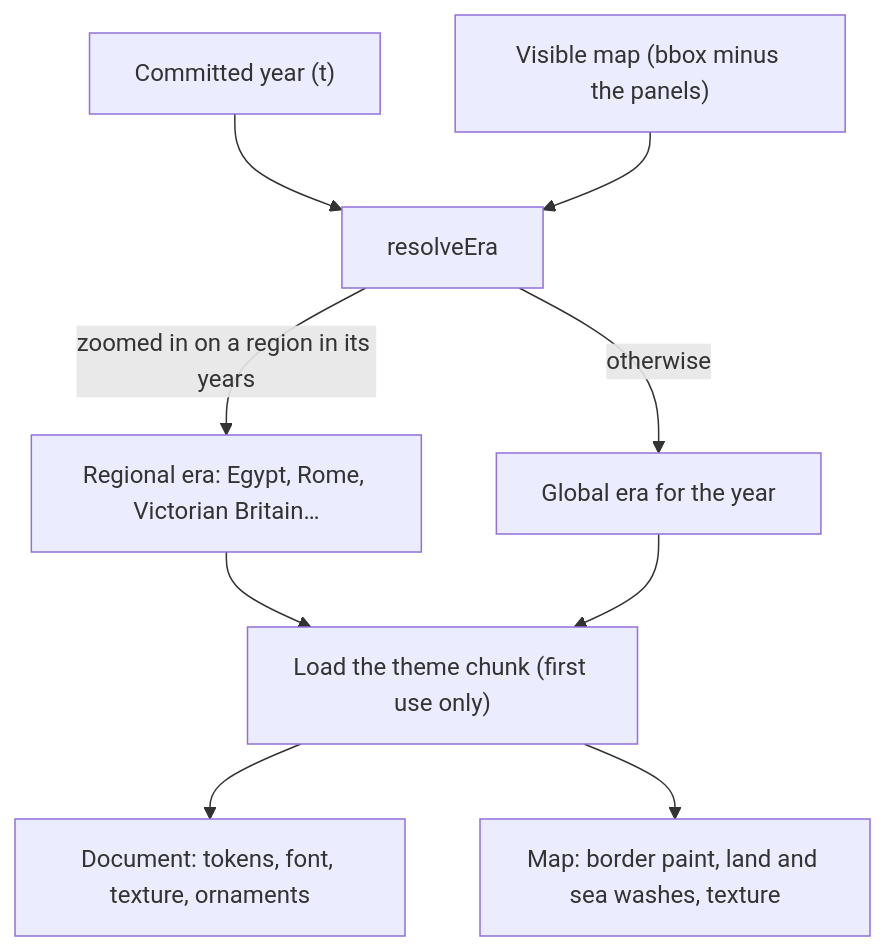
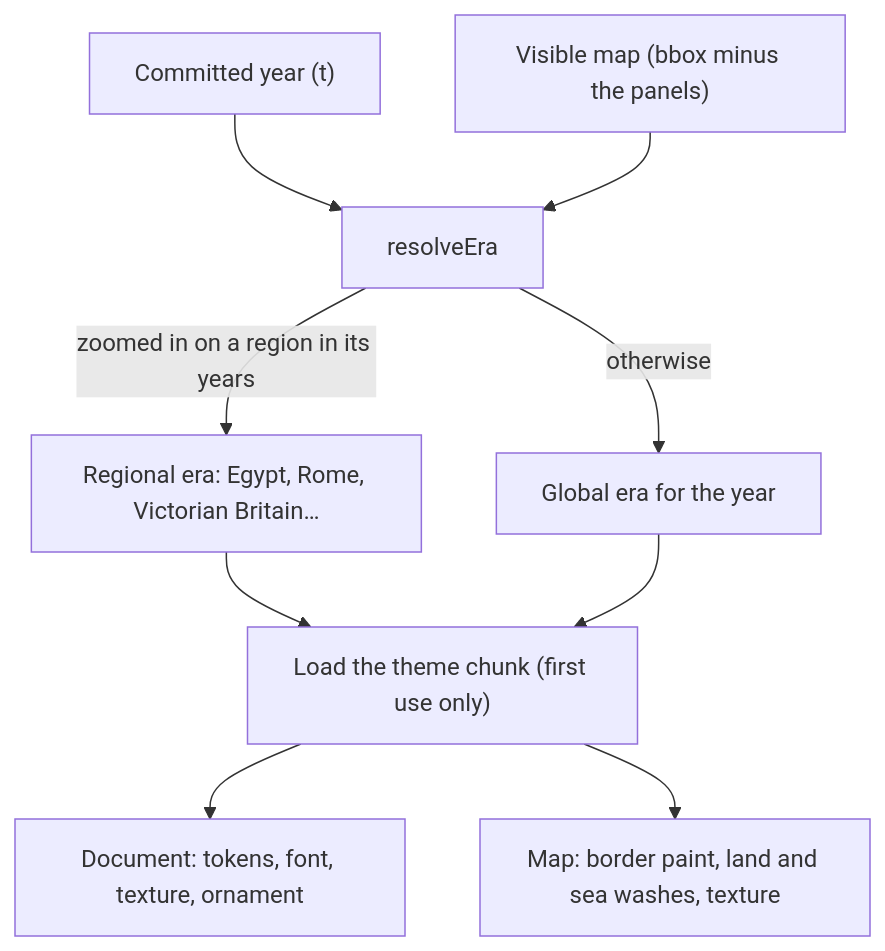
One commit to PickleSoda/history-mapped changed the third of 6 diagrams in docs/architecture/frontend-app.md. Above: the diagram before and after it, drawn with Mermaid. The commit also changed other lines of this file and 15 other files, not shown here.

````diff
--- a/docs/architecture/frontend-app.md
+++ b/docs/architecture/frontend-app.md
@@ -164,11 +165,11 @@
 ```mermaid
 flowchart TB
     T["Committed year (t)"] --> R["resolveEra"]
     B["Visible map (bbox minus the panels)"] --> R
     R -->|"zoomed in on a region in its years"| RE["Regional era: Egypt, Rome, Victorian Britain…"]
     R -->|otherwise| GE["Global era for the year"]
     RE --> L["Load the theme chunk (first use only)"]
     GE --> L
-    L --> D["Document: tokens, font, texture, ornaments"]
+    L --> D["Document: tokens, font, texture, ornament"]
     L --> M["Map: border paint, land and sea washes, texture"]
 ```
````
